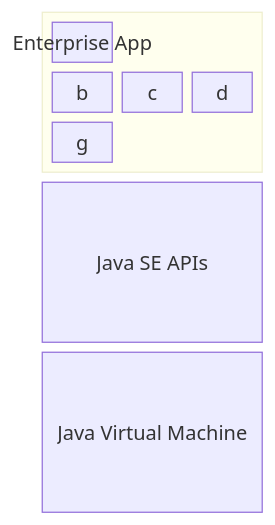
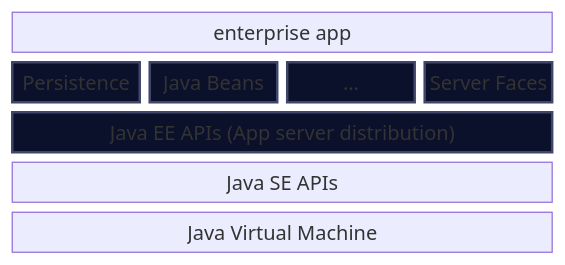
Before and after one commit to Moustafa-E/Learning-Java: the diagram in JavaSE-The-Big-Picture/3-Working-With-Java.md, drawn with Mermaid. The commit also changed other lines of this file, not shown here.

Commit message:
Found workaround to mmd bug

````diff
--- a/JavaSE-The-Big-Picture/3-Working-With-Java.md
+++ b/JavaSE-The-Big-Picture/3-Working-With-Java.md
@@ -22,14 +25,15 @@
 ```mermaid
 block-beta
-    columns 3
-    block:group1:3
-        columns 3
-        a["Enterprise App"]:3
-        b c d g
-        
-        
-    end
-    e["Java SE APIs"]:3
-    f["Java Virtual Machine"]:3
+    columns 4
+    1["enterprise app"]:4
+    a["Persistence"] b["Java Beans"] c["..."] d["Server Faces"]
+    e["Java EE APIs (App server distribution)"]:4
+    g["Java SE APIs"]:4
+    h["Java Virtual Machine"]:4
+    
+    classDef JEE fill:#2b1852,stroke:#8d69d6,stroke-width:1px;
+    classDef JSE fill:#0b112b,stroke:#3f4669,stroke-width:2px;
+    
+    class a,b,c,d,e JSE
 
 ```
````
